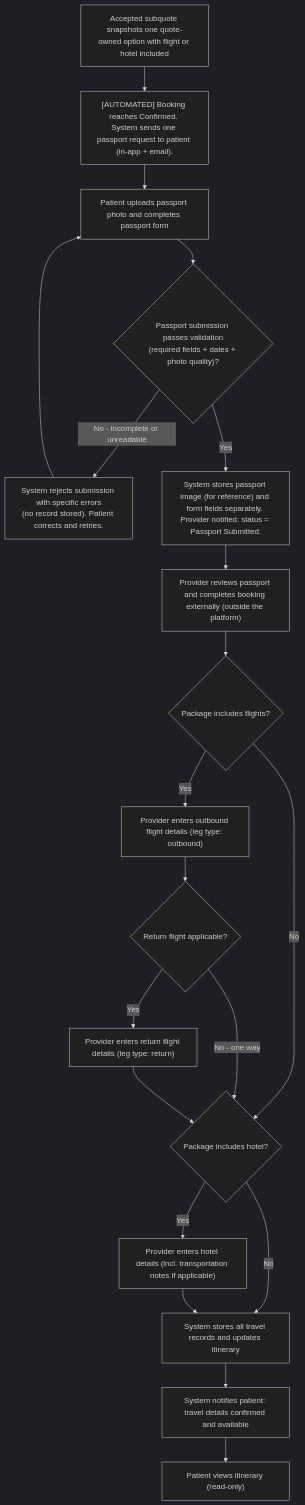
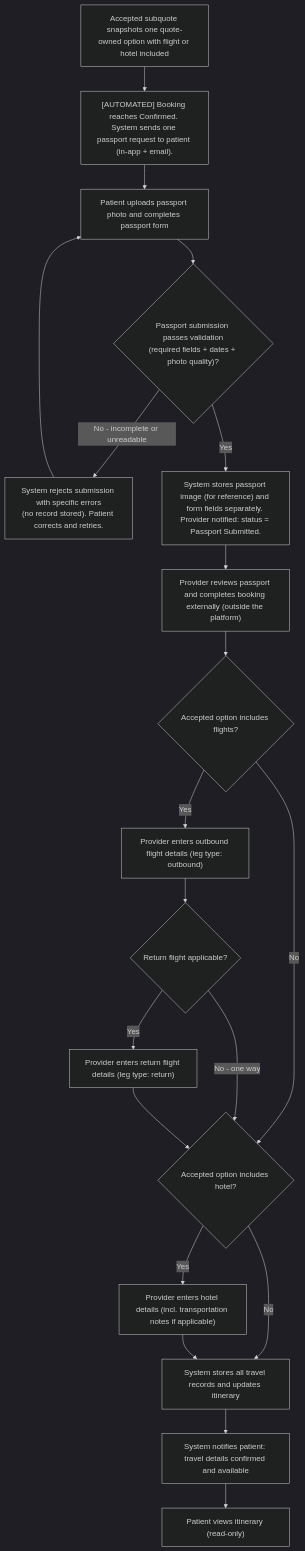
One commit to joachimtrungtuan/hairline-pm-docs changed the first of 6 diagrams in project-requirements/functional-requirements/fr008-travel-booking-integration/prd.md. Above: the diagram before and after it, drawn with Mermaid (dark theme). The commit also changed other lines of this file and 9 other files, not shown here.

````diff
--- a/project-requirements/functional-requirements/fr008-travel-booking-integration/prd.md
+++ b/project-requirements/functional-requirements/fr008-travel-booking-integration/prd.md
@@ -100,39 +101,39 @@
 ```mermaid
 flowchart TD
   A1["Accepted subquote snapshots one quote-owned option with flight or hotel included"]
   A2["[AUTOMATED] Booking reaches Confirmed. System sends one passport request to patient (in-app + email)."]
   A3["Patient uploads passport photo and completes passport form"]
   A4{"Passport submission passes validation<br/>(required fields + dates + photo quality)?"}
   A5["System rejects submission with specific errors<br/>(no record stored). Patient corrects and retries."]
   A6["System stores passport image (for reference) and form fields separately. Provider notified: status = Passport Submitted."]
   A7["Provider reviews passport and completes booking externally (outside the platform)"]
-  A8{"Package includes flights?"}
+  A8{"Accepted option includes flights?"}
   A9["Provider enters outbound flight details (leg type: outbound)"]
   A10{"Return flight applicable?"}
   A11["Provider enters return flight details (leg type: return)"]
-  A12{"Package includes hotel?"}
+  A12{"Accepted option includes hotel?"}
   A13["Provider enters hotel details (incl. transportation notes if applicable)"]
   A14["System stores all travel records and updates itinerary"]
   A15["System notifies patient: travel details confirmed and available"]
   A16["Patient views itinerary (read-only)"]
 
   A1 --> A2
   A2 --> A3
   A3 --> A4
   A4 -->|No - incomplete or unreadable| A5
   A5 --> A3
   A4 -->|Yes| A6
   A6 --> A7
   A7 --> A8
   A8 -->|Yes| A9
   A8 -->|No| A12
   A9 --> A10
   A10 -->|Yes| A11
   A10 -->|No - one way| A12
   A11 --> A12
   A12 -->|Yes| A13
   A12 -->|No| A14
   A13 --> A14
   A14 --> A15
   A15 --> A16
 ```
````
